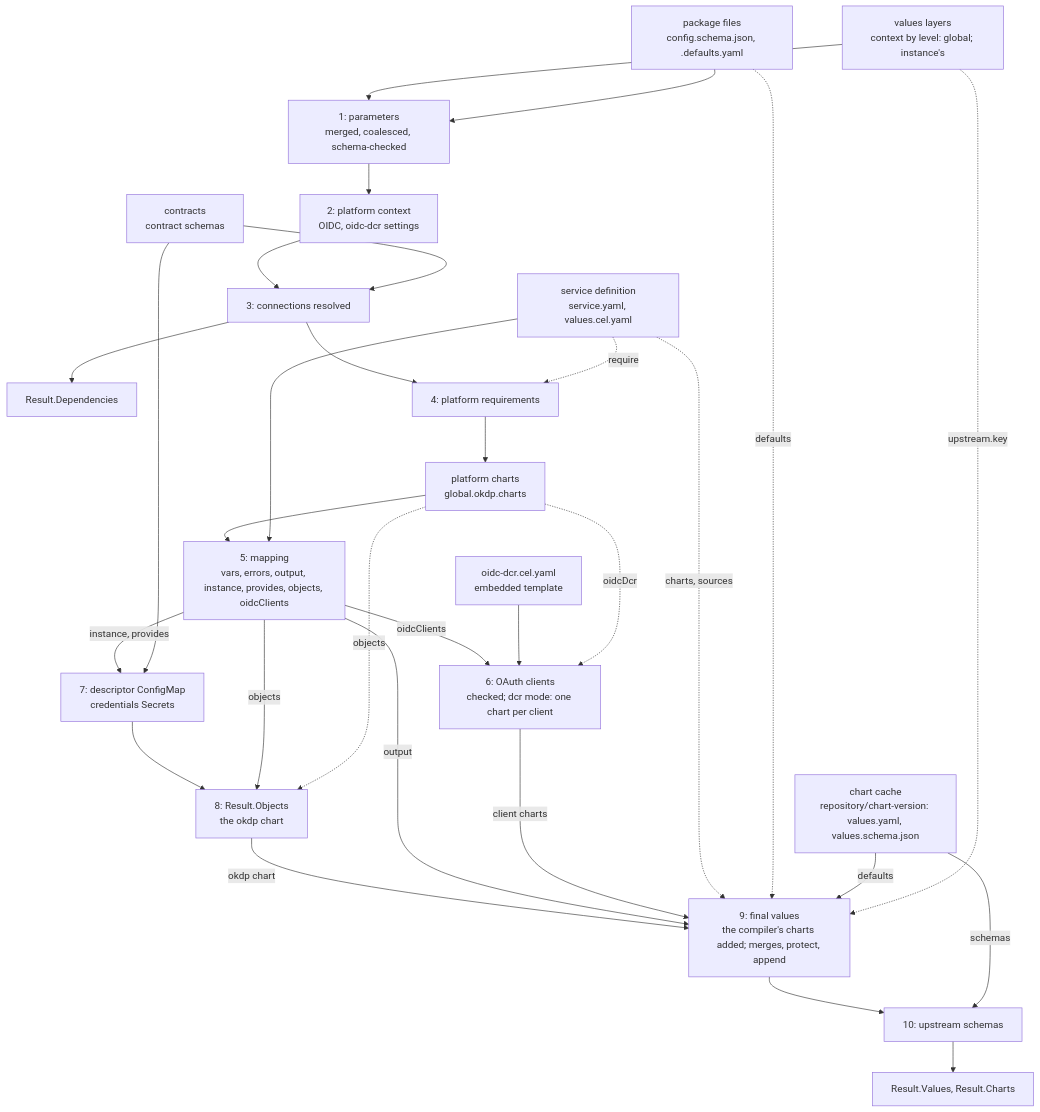
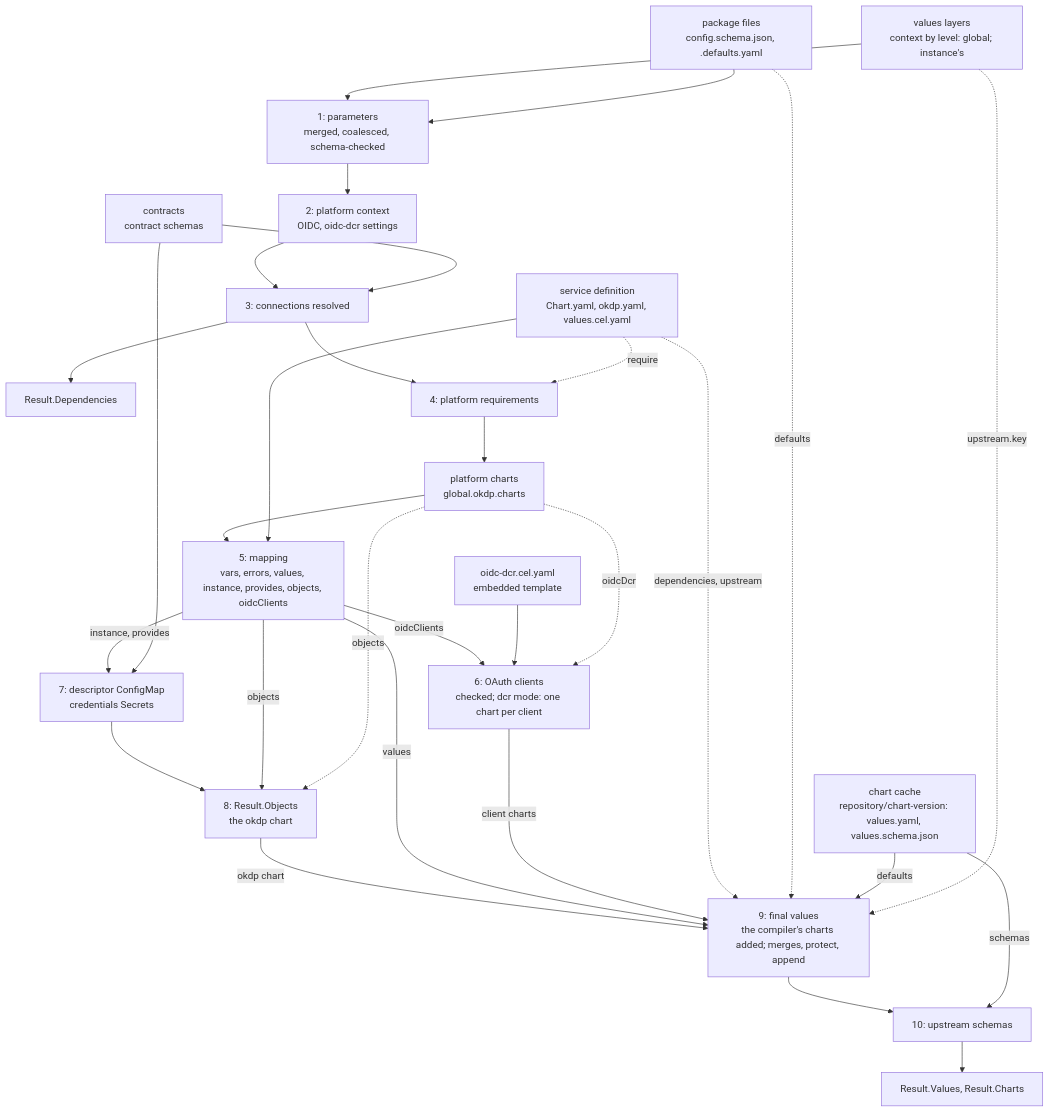
The diagram in docs/00_architecture.md (OKDP/okdp-compiler), drawn with Mermaid before and after one commit. The commit also changed other lines of this file and 61 other files, not shown here.

Commit message:
feat!: Chart.yaml, okdp.yaml and values.cel.yaml replace service.yaml

````diff
--- a/docs/00_architecture.md
+++ b/docs/00_architecture.md
@@ -45,39 +45,39 @@
 ```mermaid
 flowchart TD
-  def["service definition<br/>service.yaml, values.cel.yaml"]
+  def["service definition<br/>Chart.yaml, okdp.yaml, values.cel.yaml"]
   pkg["package files<br/>config.schema.json, <key>.defaults.yaml"]
   layers["values layers<br/>context by level: global; instance's"]
   contracts["contracts<br/>contract schemas"]
   cache["chart cache<br/>repository/chart-version: values.yaml, values.schema.json"]
   tmpl["oidc-dcr.cel.yaml<br/>embedded template"]
 
   layers --> s1["1: parameters<br/>merged, coalesced, schema-checked"]
   pkg --> s1
   s1 --> s2["2: platform context<br/>OIDC, oidc-dcr settings"]
   s2 --> s3["3: connections resolved"]
   contracts --> s3
   s3 --> deps["Result.Dependencies"]
   s3 --> s4["4: platform requirements"]
   def -. "require" .-> s4
   s4 --> pc["platform charts<br/>global.okdp.charts"]
-  pc --> s5["5: mapping<br/>vars, errors, output, instance, provides, objects, oidcClients"]
+  pc --> s5["5: mapping<br/>vars, errors, values, instance, provides, objects, oidcClients"]
   def --> s5
   s5 -- oidcClients --> s6["6: OAuth clients<br/>checked; dcr mode: one chart per client"]
   tmpl --> s6
   pc -. oidcDcr .-> s6
   s5 -- "instance, provides" --> s7["7: descriptor ConfigMap<br/>credentials Secrets"]
   contracts --> s7
   s7 --> s8["8: Result.Objects<br/>the okdp chart"]
   s5 -- objects --> s8
   pc -. objects .-> s8
   s8 -- "okdp chart" --> s9
-  s5 -- output --> s9["9: final values<br/>the compiler's charts added; merges, protect, append"]
+  s5 -- values --> s9["9: final values<br/>the compiler's charts added; merges, protect, append"]
   s6 -- "client charts" --> s9
-  def -. "charts, sources" .-> s9
+  def -. "dependencies, upstream" .-> s9
   pkg -. defaults .-> s9
   cache -- defaults --> s9
   layers -. "upstream.key" .-> s9
   s9 --> s10["10: upstream schemas"]
   cache -- schemas --> s10
   s10 --> vals["Result.Values, Result.Charts"]
 ```
````
